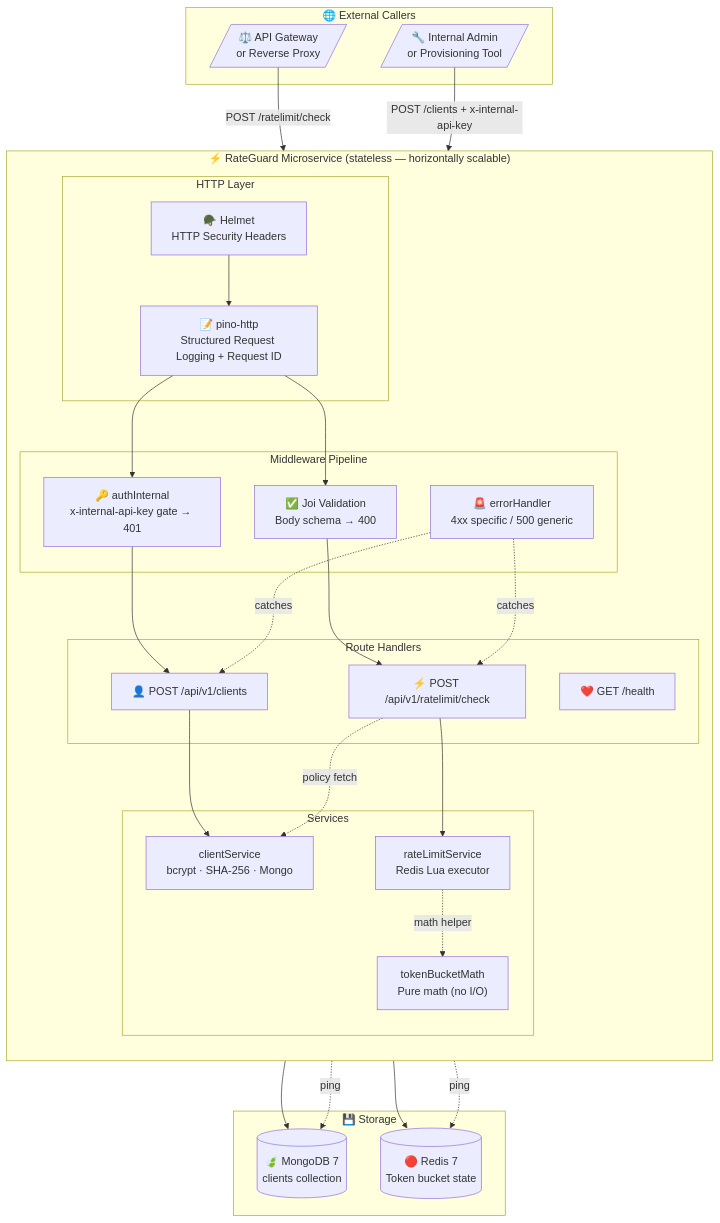
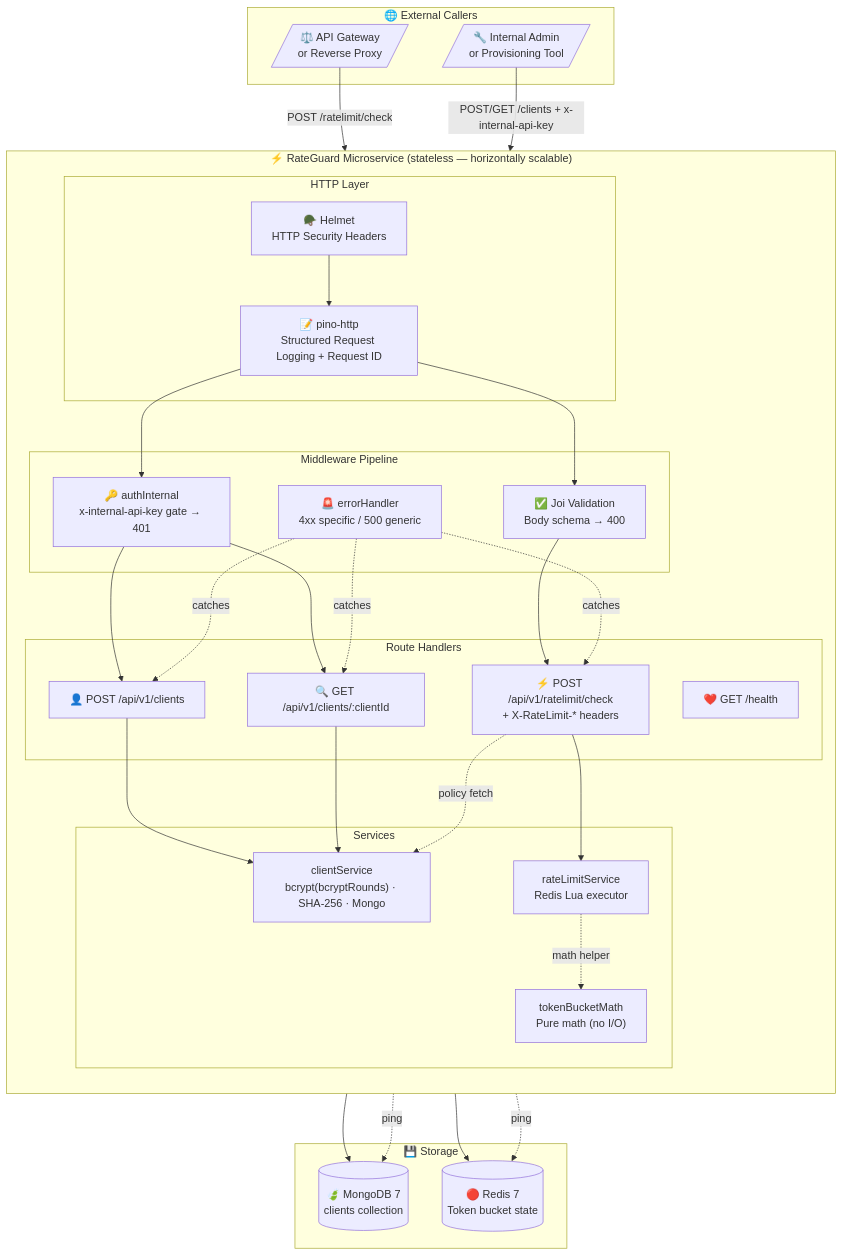
The second of 17 diagrams in ARCHITECTURE.md (ramalokeshreddyp/RateGuard), drawn with Mermaid before and after one commit. The commit also changed other lines of this file and 2 other files, not shown here.

Commit message:
docs: comprehensive rewrite of README, ARCHITECTURE, and projectdocumentation (v2.0) - 43 tests, GET /clients/:id, X-RateLimit-* headers, BCRYPT_ROUNDS, ioredis-mock, .dockerignore

````diff
--- a/ARCHITECTURE.md
+++ b/ARCHITECTURE.md
@@ -73,49 +85,50 @@
 ```mermaid
 flowchart TB
     subgraph External["🌐 External Callers"]
         GW[/"⚖️ API Gateway\nor Reverse Proxy"/]
         ADM[/"🔧 Internal Admin\nor Provisioning Tool"/]
     end
 
     subgraph RG["⚡ RateGuard Microservice  (stateless — horizontally scalable)"]
         direction TB
 
         subgraph HTTP["HTTP Layer"]
             HELM["🪖 Helmet\nHTTP Security Headers"]
             PINO["📝 pino-http\nStructured Request Logging + Request ID"]
         end
 
         subgraph MW["Middleware Pipeline"]
             AUTH["🔑 authInternal\nx-internal-api-key gate → 401"]
             VAL["✅ Joi Validation\nBody schema → 400"]
             ERR["🚨 errorHandler\n4xx specific / 500 generic"]
         end
 
         subgraph Routes["Route Handlers"]
             HC["❤️ GET /health"]
             CC["👤 POST /api/v1/clients"]
-            RC["⚡ POST /api/v1/ratelimit/check"]
+            GC["🔍 GET /api/v1/clients/:clientId"]
+            RC["⚡ POST /api/v1/ratelimit/check\n+ X-RateLimit-* headers"]
         end
 
         subgraph Svc["Services"]
-            CS["clientService\nbcrypt · SHA-256 · Mongo"]
+            CS["clientService\nbcrypt(bcryptRounds) · SHA-256 · Mongo"]
             RLS["rateLimitService\nRedis Lua executor"]
             TBM["tokenBucketMath\nPure math (no I/O)"]
         end
     end
 
     subgraph Store["💾 Storage"]
         MDB[("🍃 MongoDB 7\nclients collection")]
         RDS[("🔴 Redis 7\nToken bucket state")]
     end
 
     GW  -->|"POST /ratelimit/check"| HELM
-    ADM -->|"POST /clients + x-internal-api-key"| HELM
+    ADM -->|"POST/GET /clients + x-internal-api-key"| HELM
     HELM --> PINO --> AUTH & VAL
-    AUTH --> CC --> CS --> MDB
+    AUTH --> CC & GC --> CS --> MDB
     VAL --> RC --> RLS --> RDS
     RC -.->|"policy fetch"| CS
     RLS -.->|"math helper"| TBM
     HC -.->|"ping"| MDB & RDS
-    ERR -.->|"catches"| CC & RC
+    ERR -.->|"catches"| CC & GC & RC
 ```
````
